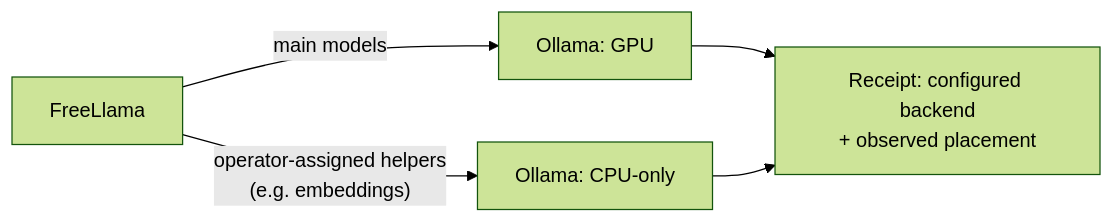
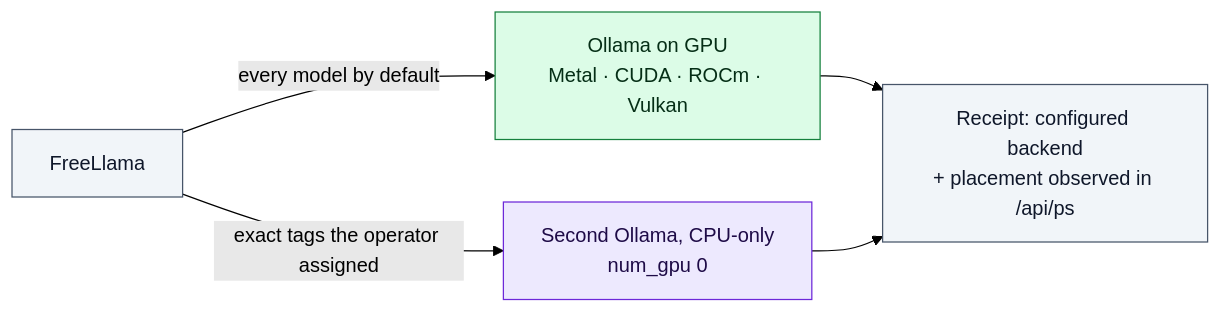
One commit to bgauryy/FreeLlama changed the sixth of 6 diagrams in README.md. Above: the diagram before and after it, drawn with Mermaid (forest theme). The commit also changed other lines of this file and 454 other files, not shown here.

First line of the commit message:
Update flow (#11)

````diff
--- a/README.md
+++ b/README.md
@@ -178,7 +249,14 @@
 ```mermaid
 flowchart LR
-    F["FreeLlama"] -->|"main models"| G["Ollama: GPU"]
-    F -->|"operator-assigned helpers<br/>(e.g. embeddings)"| C["Ollama: CPU-only"]
-    G --> P["Receipt: configured backend<br/>+ observed placement"]
+    F["FreeLlama"] -->|"every model by default"| G["Ollama on GPU<br/>Metal · CUDA · ROCm · Vulkan"]
+    F -->|"exact tags the operator assigned"| C["Second Ollama, CPU-only<br/>num_gpu 0"]
+    G --> P["Receipt: configured backend<br/>+ placement observed in /api/ps"]
     C --> P
+
+    classDef gpu fill:#dcfce7,stroke:#15803d,color:#052e16
+    classDef cpu fill:#ede9fe,stroke:#6d28d9,color:#1e0b47
+    classDef receipt fill:#f1f5f9,stroke:#475569,color:#0f172a
+    class G gpu
+    class C cpu
+    class F,P receipt
 ```
````
